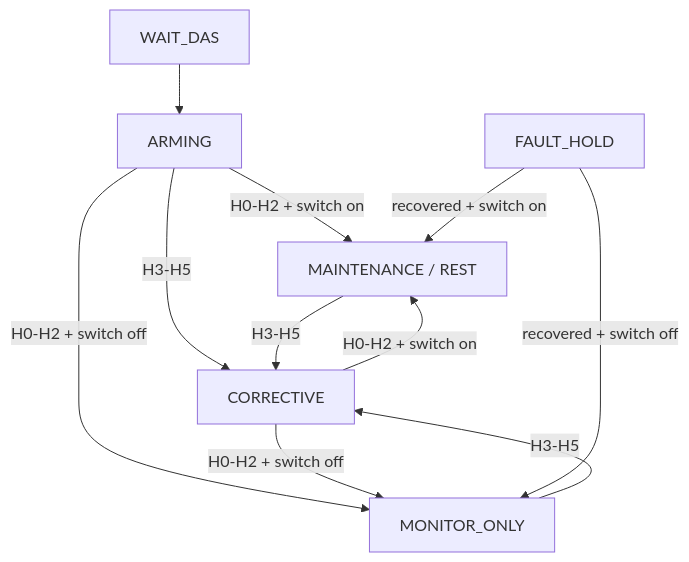
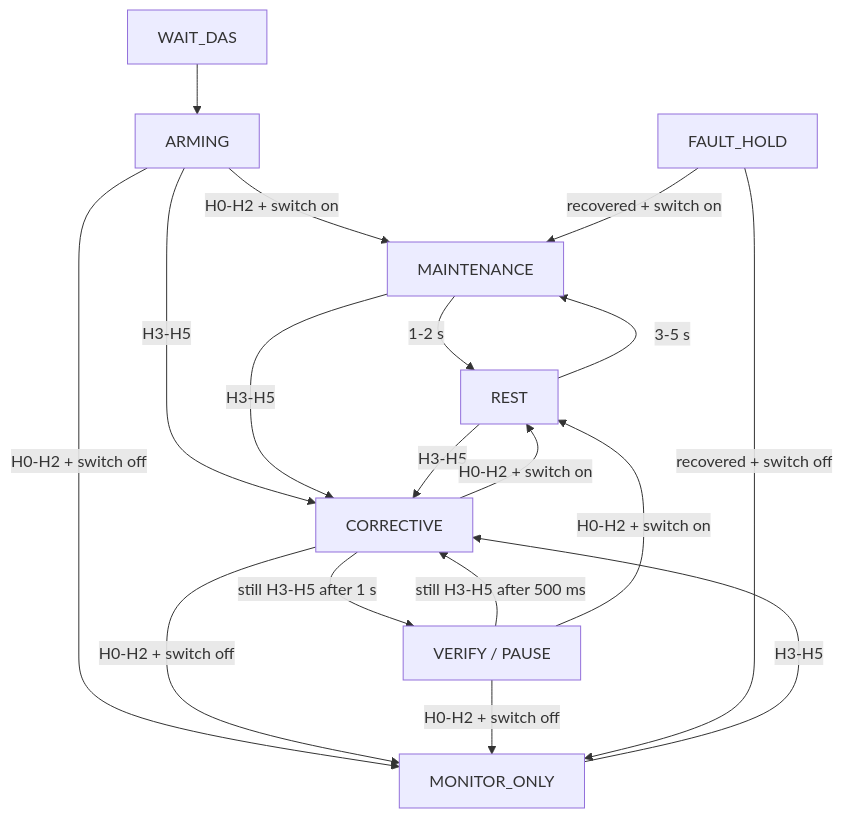
The diagram in docs/nag-adaptive-closed-loop.md (204442021/WiFi-NAG), drawn with Mermaid before and after one commit. The commit also changed other lines of this file and 18 other files, not shown here.

````diff
--- a/docs/nag-adaptive-closed-loop.md
+++ b/docs/nag-adaptive-closed-loop.md
@@ -34,13 +34,20 @@
 ```mermaid
 flowchart TB
     W[WAIT_DAS] --> A[ARMING]
-    A -->|H0-H2 + switch on| M[MAINTENANCE / REST]
+    A -->|H0-H2 + switch on| M[MAINTENANCE]
     A -->|H0-H2 + switch off| O[MONITOR_ONLY]
     A -->|H3-H5| C[CORRECTIVE]
+    M -->|1-2 s| R[REST]
+    R -->|3-5 s| M
     M -->|H3-H5| C
+    R -->|H3-H5| C
     O -->|H3-H5| C
-    C -->|H0-H2 + switch on| M
+    C -->|still H3-H5 after 1 s| P[VERIFY / PAUSE]
+    P -->|still H3-H5 after 500 ms| C
+    C -->|H0-H2 + switch on| R
+    P -->|H0-H2 + switch on| R
     C -->|H0-H2 + switch off| O
+    P -->|H0-H2 + switch off| O
     F[FAULT_HOLD] -->|recovered + switch on| M
     F -->|recovered + switch off| O
 ```
````
